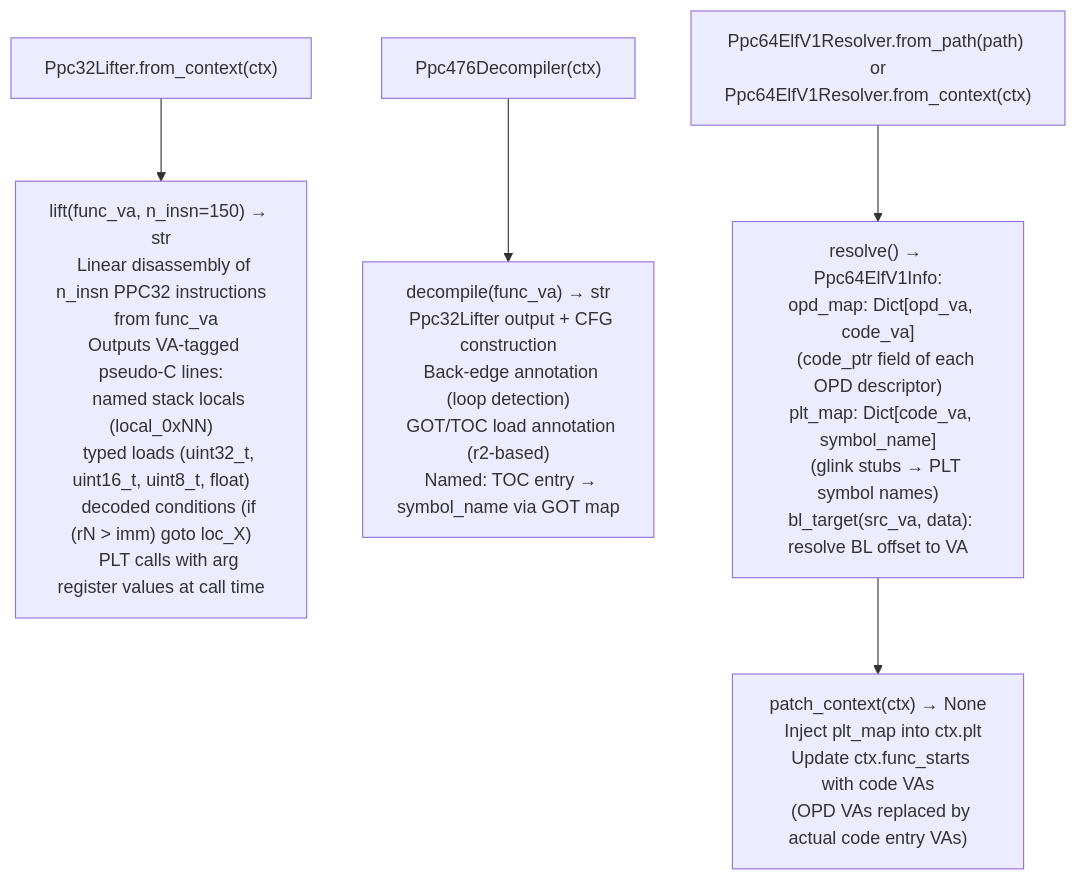
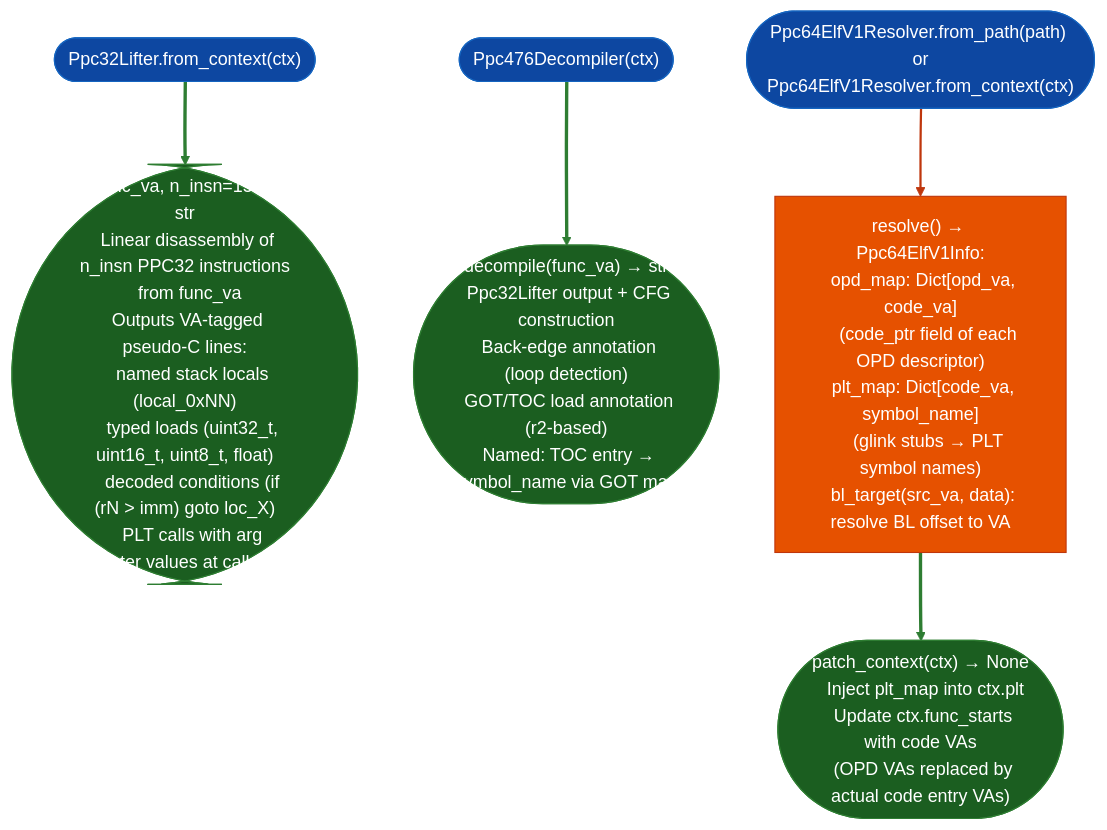
Before and after one commit to Ablation-Tool/ablation: the diagram in docs/reference-modules/ppc32-ppc476-dedicated-lifting.md, drawn with Mermaid. The commit also changed 320 other files, not shown here.

First line of the commit message:
docs: apply canonical Mermaid template to all 321 diagrams

````diff
--- a/docs/reference-modules/ppc32-ppc476-dedicated-lifting.md
+++ b/docs/reference-modules/ppc32-ppc476-dedicated-lifting.md
@@ -19,9 +19,19 @@
 ```mermaid
 flowchart TD
-    A["Ppc32Lifter.from_context(ctx)"] --> B["lift(func_va, n_insn=150) → str\n  Linear disassembly of n_insn PPC32 instructions\n  from func_va\n  Outputs VA-tagged pseudo-C lines:\n    named stack locals (local_0xNN)\n    typed loads (uint32_t, uint16_t, uint8_t, float)\n    decoded conditions (if (rN > imm) goto loc_X)\n    PLT calls with arg register values at call time"]
+    A(["Ppc32Lifter.from_context(ctx)"]):::input --> B(["lift(func_va, n_insn=150) → str\n  Linear disassembly of n_insn PPC32 instructions\n  from func_va\n  Outputs VA-tagged pseudo-C lines:\n    named stack locals (local_0xNN)\n    typed loads (uint32_t, uint16_t, uint8_t, float)\n    decoded conditions (if (rN > imm) goto loc_X)\n    PLT calls with arg register values at call time"]):::output
 
-    C["Ppc476Decompiler(ctx)"] --> D["decompile(func_va) → str\n  Ppc32Lifter output + CFG construction\n  Back-edge annotation (loop detection)\n  GOT/TOC load annotation (r2-based)\n  Named: TOC entry → symbol_name via GOT map"]
+    C(["Ppc476Decompiler(ctx)"]):::input --> D(["decompile(func_va) → str\n  Ppc32Lifter output + CFG construction\n  Back-edge annotation (loop detection)\n  GOT/TOC load annotation (r2-based)\n  Named: TOC entry → symbol_name via GOT map"]):::output
 
-    E["Ppc64ElfV1Resolver.from_path(path) or\nPpc64ElfV1Resolver.from_context(ctx)"] --> F["resolve() → Ppc64ElfV1Info:\n  opd_map: Dict[opd_va, code_va]\n    (code_ptr field of each OPD descriptor)\n  plt_map: Dict[code_va, symbol_name]\n    (glink stubs → PLT symbol names)\n  bl_target(src_va, data): resolve BL offset to VA"]
-    F --> G["patch_context(ctx) → None\n  Inject plt_map into ctx.plt\n  Update ctx.func_starts with code VAs\n  (OPD VAs replaced by actual code entry VAs)"]
+    E(["Ppc64ElfV1Resolver.from_path(path) or\nPpc64ElfV1Resolver.from_context(ctx)"]):::input --> F["resolve() → Ppc64ElfV1Info:\n  opd_map: Dict[opd_va, code_va]\n    (code_ptr field of each OPD descriptor)\n  plt_map: Dict[code_va, symbol_name]\n    (glink stubs → PLT symbol names)\n  bl_target(src_va, data): resolve BL offset to VA"]:::primary
+    F:::primary --> G(["patch_context(ctx) → None\n  Inject plt_map into ctx.plt\n  Update ctx.func_starts with code VAs\n  (OPD VAs replaced by actual code entry VAs)"]):::output
+    classDef input     fill:#0d47a1,stroke:#1565c0,color:#fff
+    classDef primary   fill:#e65100,stroke:#bf360c,color:#fff
+    classDef secondary fill:#004d40,stroke:#00695c,color:#fff
+    classDef tertiary  fill:#4a148c,stroke:#6a1b9a,color:#fff
+    classDef neutral   fill:#37474f,stroke:#546e7a,color:#fff
+    classDef output    fill:#1b5e20,stroke:#2e7d32,color:#fff
+    linkStyle 0 stroke:#2e7d32,stroke-width:3px
+    linkStyle 1 stroke:#2e7d32,stroke-width:3px
+    linkStyle 2 stroke:#bf360c,stroke-width:2px
+    linkStyle 3 stroke:#2e7d32,stroke-width:3px
 ```
````
